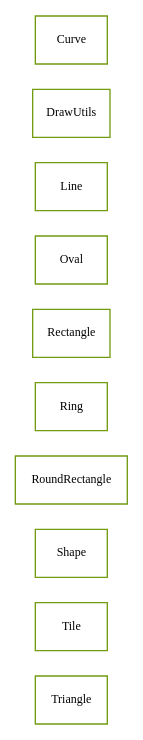
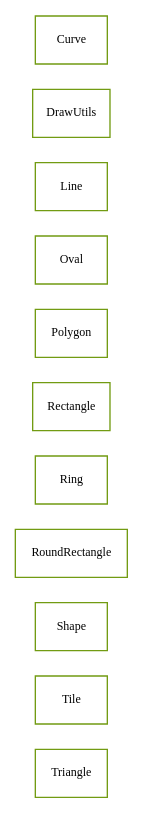
One commit to sekati/sasapi changed the diagram in docs/com/sekati/draw/classes.dot. Above: the diagram before and after it, drawn with Graphviz. The commit also changed 66 other files, not shown here.

```diff
--- a/docs/com/sekati/draw/classes.dot
+++ b/docs/com/sekati/draw/classes.dot
@@ -1,93 +1,102 @@
 strict digraph class_diagram {
   rankdir=LR;
   TypeTriangle[
     label="Triangle",
     URL="Triangle.html",
     tooltip="com.sekati.draw.Triangle",
     fontname="Verdana",
     fontsize="9"
     color="#729b12"
     shape="record"
   ];
   TypeTile[
     label="Tile",
     URL="Tile.html",
     tooltip="com.sekati.draw.Tile",
     fontname="Verdana",
     fontsize="9"
     color="#729b12"
     shape="record"
   ];
   TypeShape[
     label="Shape",
     URL="Shape.html",
     tooltip="com.sekati.draw.Shape",
     fontname="Verdana",
     fontsize="9"
     color="#729b12"
     shape="record"
   ];
   TypeRoundRectangle[
     label="RoundRectangle",
     URL="RoundRectangle.html",
     tooltip="com.sekati.draw.RoundRectangle",
     fontname="Verdana",
     fontsize="9"
     color="#729b12"
     shape="record"
   ];
   TypeRing[
     label="Ring",
     URL="Ring.html",
     tooltip="com.sekati.draw.Ring",
     fontname="Verdana",
     fontsize="9"
     color="#729b12"
     shape="record"
   ];
   TypeRectangle[
     label="Rectangle",
     URL="Rectangle.html",
     tooltip="com.sekati.draw.Rectangle",
     fontname="Verdana",
     fontsize="9"
     color="#729b12"
     shape="record"
   ];
+  TypePolygon[
+    label="Polygon",
+    URL="Polygon.html",
+    tooltip="com.sekati.draw.Polygon",
+    fontname="Verdana",
+    fontsize="9"
+    color="#729b12"
+    shape="record"
+  ];
   TypeOval[
     label="Oval",
     URL="Oval.html",
     tooltip="com.sekati.draw.Oval",
     fontname="Verdana",
     fontsize="9"
     color="#729b12"
     shape="record"
   ];
   TypeLine[
     label="Line",
     URL="Line.html",
     tooltip="com.sekati.draw.Line",
     fontname="Verdana",
     fontsize="9"
     color="#729b12"
     shape="record"
   ];
   TypeDrawUtils[
     label="DrawUtils",
     URL="DrawUtils.html",
     tooltip="com.sekati.draw.DrawUtils",
     fontname="Verdana",
     fontsize="9"
     color="#729b12"
     shape="record"
   ];
   TypeCurve[
     label="Curve",
     URL="Curve.html",
     tooltip="com.sekati.draw.Curve",
     fontname="Verdana",
     fontsize="9"
     color="#729b12"
     shape="record"
   ];
 }
```
